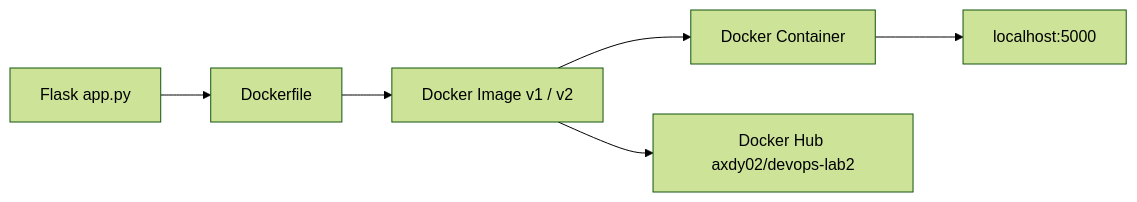
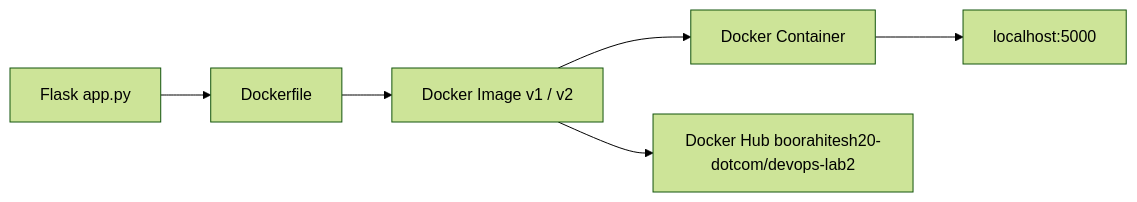
The first of 6 diagrams in docs/ARCHITECTURE.md (boorahitesh20-dotcom/develop-lab-2-), drawn with Mermaid (forest theme) before and after one commit.

Commit message:
Update Docker Hub repository reference in architecture

````diff
--- a/docs/ARCHITECTURE.md
+++ b/docs/ARCHITECTURE.md
@@ -5,8 +5,8 @@
 ```mermaid
 flowchart LR
     A[Flask app.py] --> B[Dockerfile]
     B --> C[Docker Image v1 / v2]
     C --> D[Docker Container]
     D --> E[localhost:5000]
-    C --> F[Docker Hub axdy02/devops-lab2]
+    C --> F[Docker Hub boorahitesh20-dotcom/devops-lab2]
 ```
````
